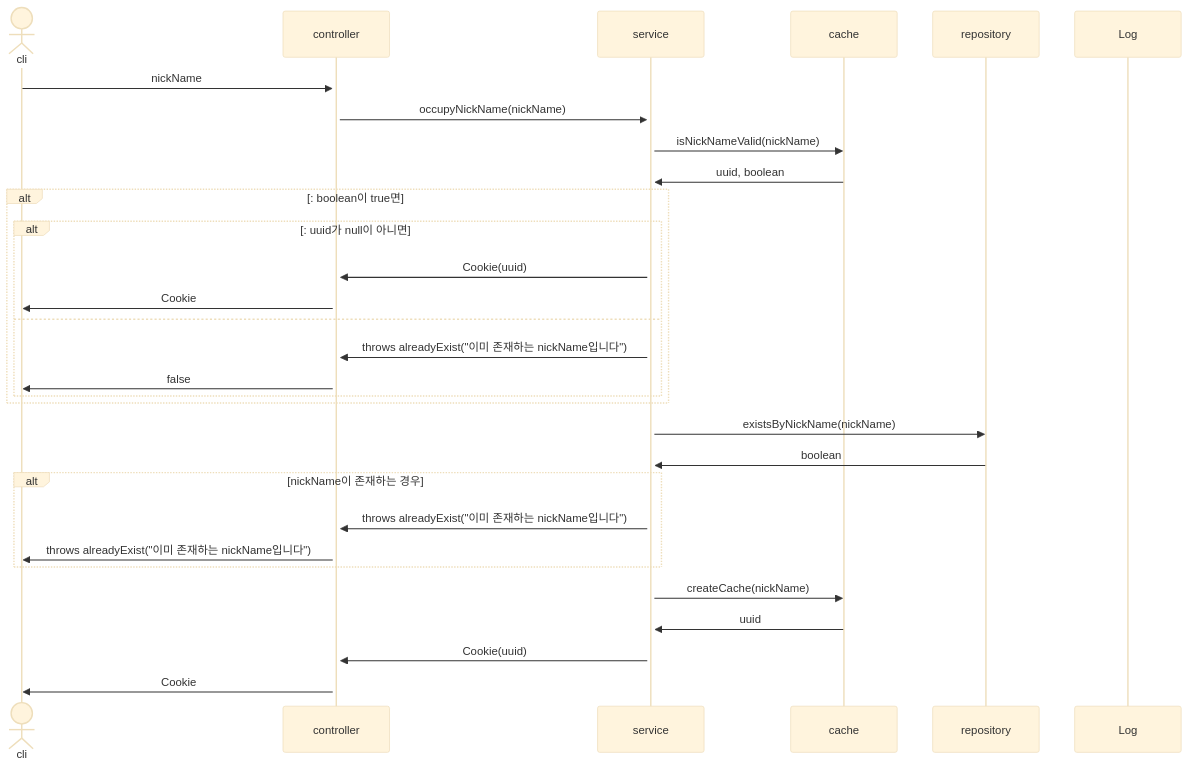
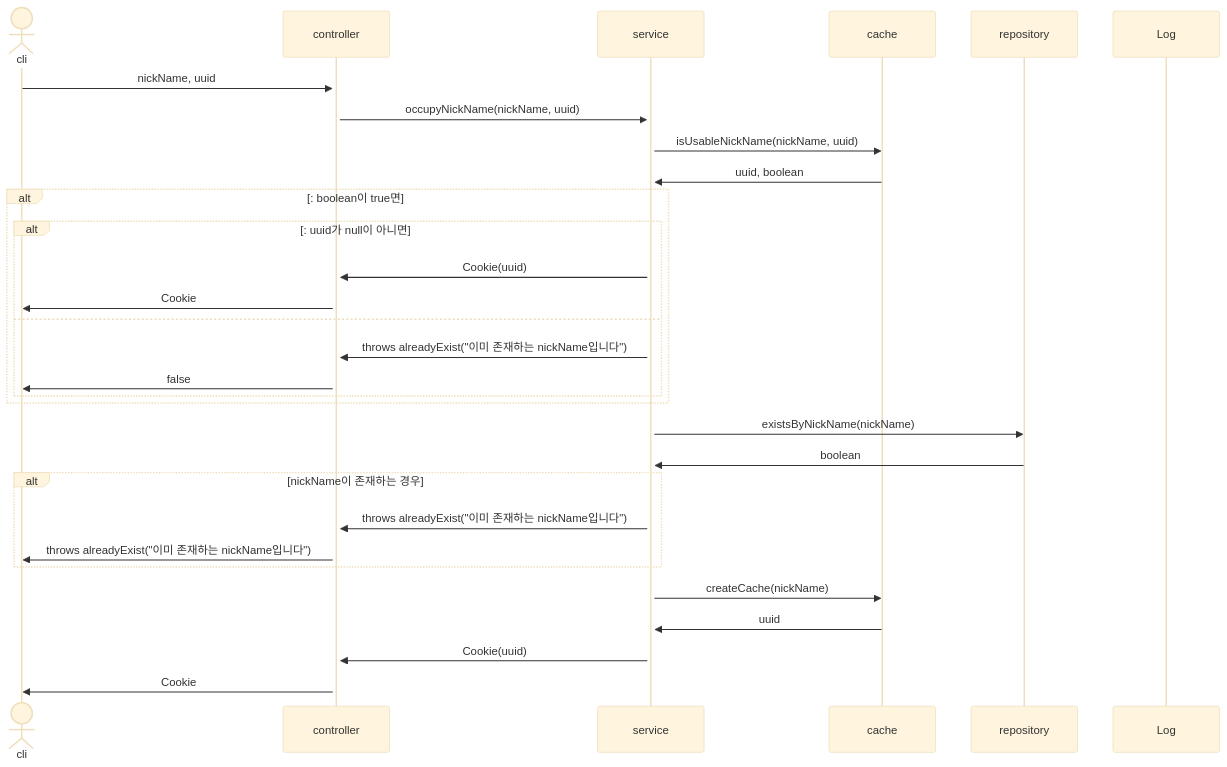
Before and after one commit to mtak0235/snsX: the second of 30 diagrams in sequence.md, drawn with Mermaid (base theme). The commit also changed other lines of this file, not shown here.

Commit message:
update occupyMemberEmail & occupyMemberNickName sequence diagram

````diff
--- a/sequence.md
+++ b/sequence.md
@@ -39,33 +39,33 @@
 ```mermaid
 sequenceDiagram
 actor cli
 participant c as controller
 participant s as service
 participant ca as cache
 participant r as repository
 participant l as Log
 
-cli->>+c: nickName
-c->>+s: occupyNickName(nickName)
-s->>ca: isNickNameValid(nickName)
+cli->>+c: nickName, uuid
+c->>+s: occupyNickName(nickName, uuid)
+s->>ca: isUsableNickName(nickName, uuid)
 ca->>s: uuid, boolean
 alt: boolean이 true면
 alt: uuid가 null이 아니면
 s->>c: Cookie(uuid)
 c->>cli: Cookie
 else
 s->>c: throws alreadyExist("이미 존재하는 nickName입니다")
 c->>cli: false
 end
 end
 s->>r: existsByNickName(nickName)
 r->>s: boolean
 alt nickName이 존재하는 경우
 s->>c: throws alreadyExist("이미 존재하는 nickName입니다")
 c->>cli: throws alreadyExist("이미 존재하는 nickName입니다")
 end
 s->>ca: createCache(nickName)
 ca->>s: uuid
 s->>c: Cookie(uuid)
 c->>cli: Cookie
 ```
````
